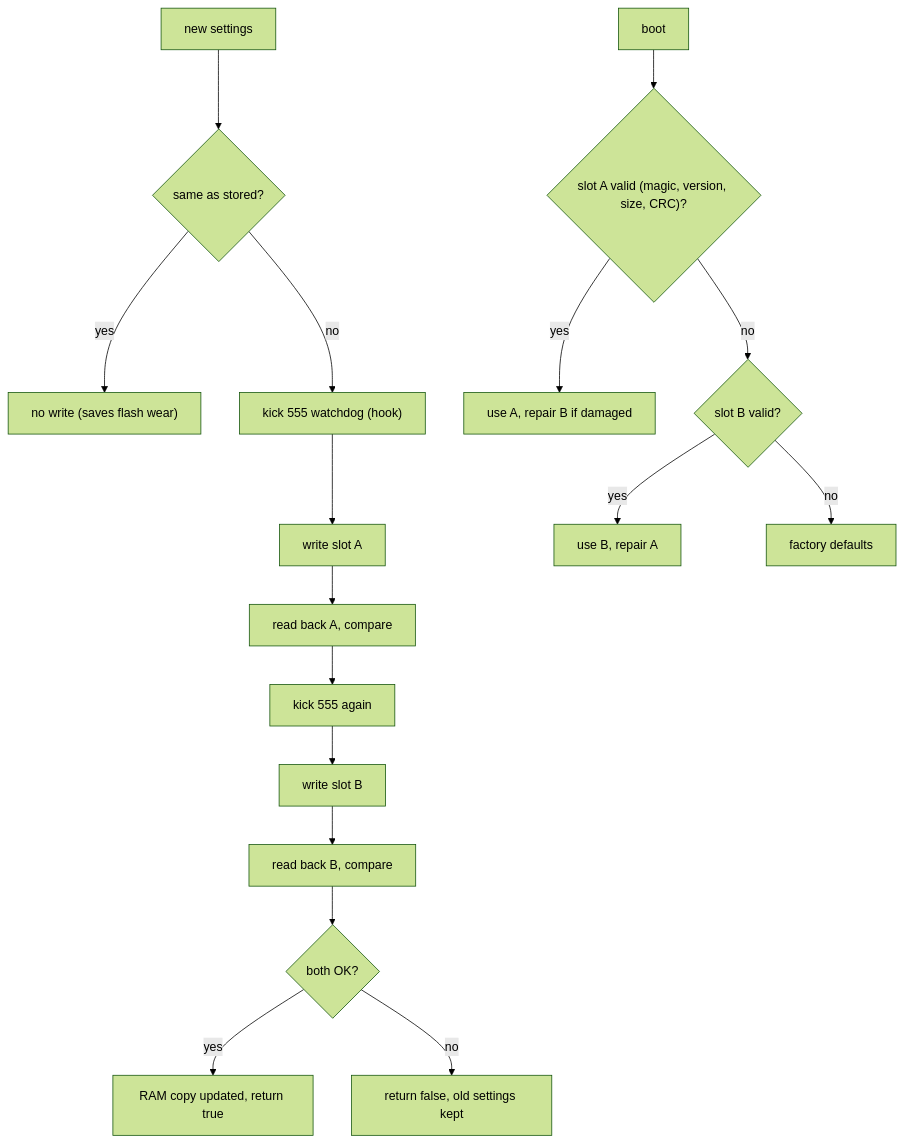
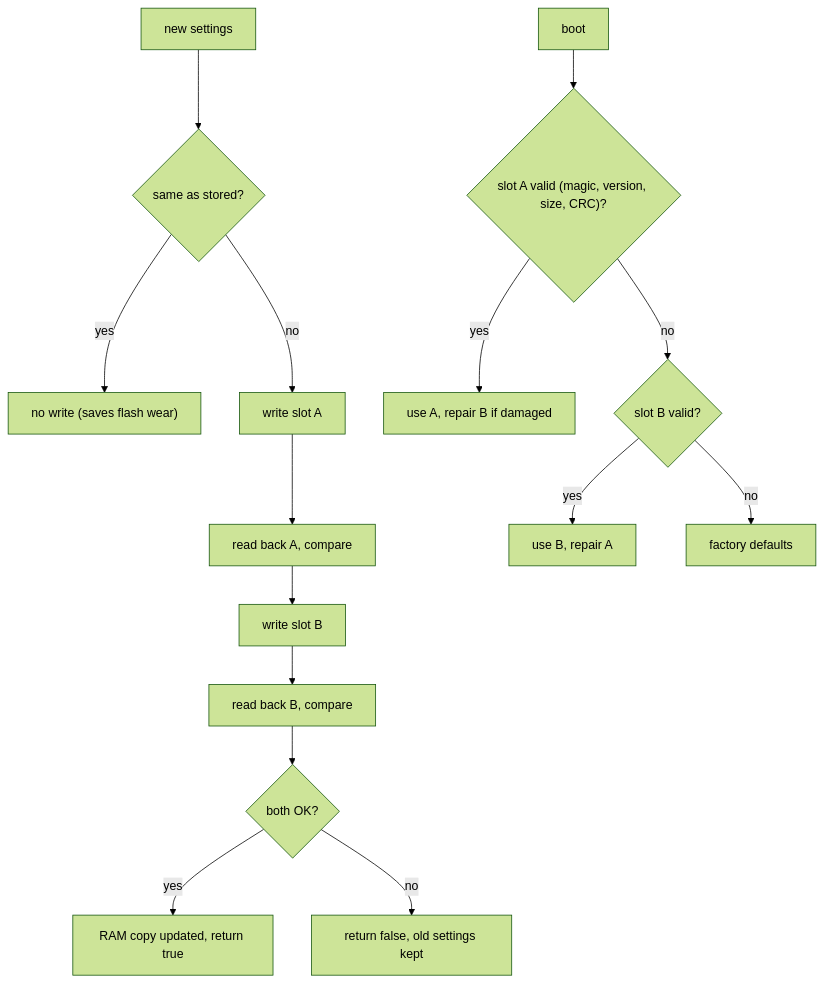
Before and after one commit to FPetkovski127/PMS_FreeRTOS: the fourth of 12 diagrams in CODE_EXPLAINED.md, drawn with Mermaid (forest theme). The commit also changed other lines of this file and 13 other files, not shown here.

````diff
--- a/CODE_EXPLAINED.md
+++ b/CODE_EXPLAINED.md
@@ -209,16 +206,16 @@
 ```mermaid
 flowchart TD
   A["new settings"] --> B{"same as stored?"}
   B -- yes --> Z["no write (saves flash wear)"]
-  B -- no --> C["kick 555 watchdog (hook)"]
-  C --> D["write slot A"] --> E["read back A, compare"]
-  E --> F["kick 555 again"] --> G["write slot B"] --> H["read back B, compare"]
+  B -- no --> D["write slot A"]
+  D --> E["read back A, compare"]
+  E --> G["write slot B"] --> H["read back B, compare"]
   H --> I{"both OK?"}
   I -- yes --> J["RAM copy updated, return true"]
   I -- no --> K["return false, old settings kept"]
   L["boot"] --> M{"slot A valid (magic, version, size, CRC)?"}
   M -- yes --> N["use A, repair B if damaged"]
   M -- no --> O{"slot B valid?"}
   O -- yes --> P["use B, repair A"]
   O -- no --> Q["factory defaults"]
 ```
````
